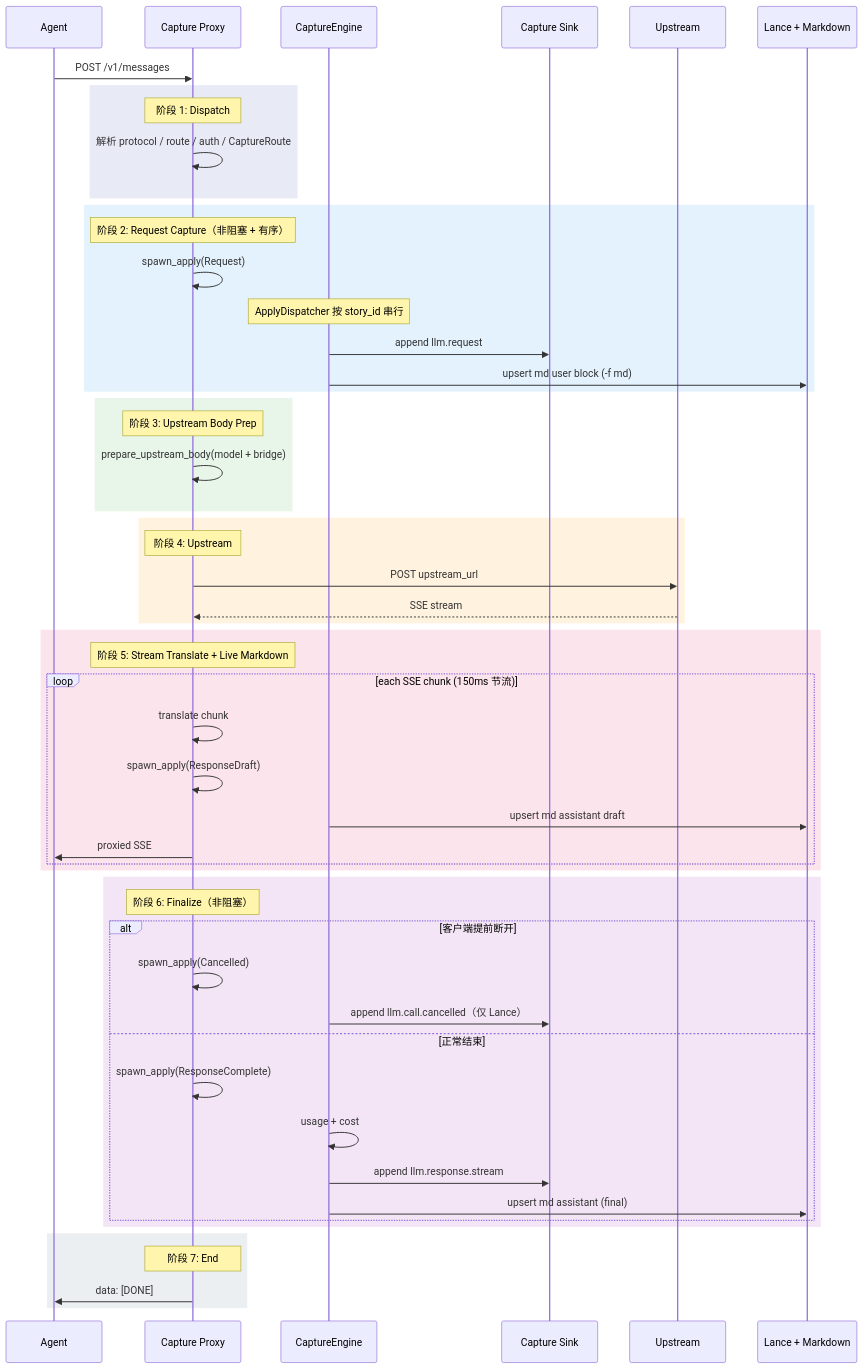
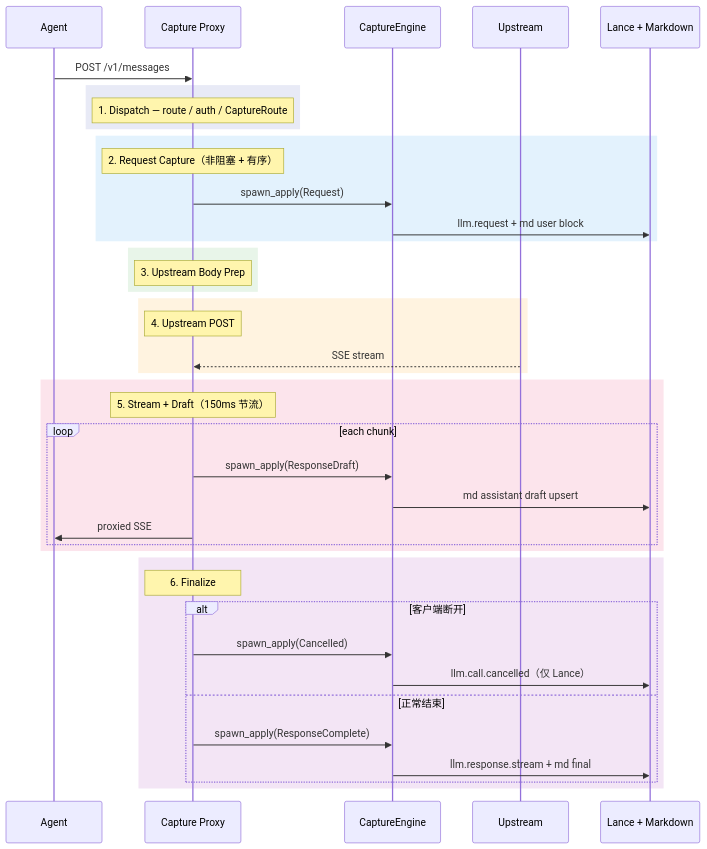
One commit to DeepLink-org/Persisting changed the third of 3 diagrams in docs/src/design/capture_design.zh.md. Above: the diagram before and after it, drawn with Mermaid. The commit also changed other lines of this file and 77 other files, not shown here.

````diff
--- a/docs/src/design/capture_design.zh.md
+++ b/docs/src/design/capture_design.zh.md
@@ -221,63 +320,49 @@
 ```mermaid
 sequenceDiagram
     participant Agent
     participant Proxy as Capture Proxy
     participant Engine as CaptureEngine
-    participant Sink as Capture Sink
     participant Upstream
     participant Storage as Lance + Markdown
 
     Agent->>Proxy: POST /v1/messages
 
     rect rgb(232, 234, 246)
-        Note over Proxy: 阶段 1: Dispatch
-        Proxy->>Proxy: 解析 protocol / route / auth / CaptureRoute
+        Note over Proxy: 1. Dispatch — route / auth / CaptureRoute
     end
 
     rect rgb(227, 242, 253)
-        Note over Proxy: 阶段 2: Request Capture（非阻塞 + 有序）
-        Proxy->>Proxy: spawn_apply(Request)
-        Note over Engine: ApplyDispatcher 按 story_id 串行
-        Engine->>Sink: append llm.request
-        Engine->>Storage: upsert md user block (-f md)
+        Note over Proxy: 2. Request Capture（非阻塞 + 有序）
+        Proxy->>Engine: spawn_apply(Request)
+        Engine->>Storage: llm.request + md user block
     end
 
     rect rgb(232, 245, 233)
-        Note over Proxy: 阶段 3: Upstream Body Prep
-        Proxy->>Proxy: prepare_upstream_body(model + bridge)
+        Note over Proxy: 3. Upstream Body Prep
     end
 
     rect rgb(255, 243, 224)
-        Note over Proxy: 阶段 4: Upstream
-        Proxy->>Upstream: POST upstream_url
+        Note over Proxy: 4. Upstream POST
         Upstream-->>Proxy: SSE stream
     end
 
     rect rgb(252, 228, 236)
-        Note over Proxy: 阶段 5: Stream Translate + Live Markdown
-        loop each SSE chunk (150ms 节流)
-            Proxy->>Proxy: translate chunk
-            Proxy->>Proxy: spawn_apply(ResponseDraft)
-            Engine->>Storage: upsert md assistant draft
+        Note over Proxy: 5. Stream + Draft（150ms 节流）
+        loop each chunk
+            Proxy->>Engine: spawn_apply(ResponseDraft)
+            Engine->>Storage: md assistant draft upsert
             Proxy->>Agent: proxied SSE
         end
     end
 
     rect rgb(243, 229, 245)
-        Note over Proxy: 阶段 6: Finalize（非阻塞）
-        alt 客户端提前断开
-            Proxy->>Proxy: spawn_apply(Cancelled)
-            Engine->>Sink: append llm.call.cancelled（仅 Lance）
+        Note over Proxy: 6. Finalize
+        alt 客户端断开
+            Proxy->>Engine: spawn_apply(Cancelled)
+            Engine->>Storage: llm.call.cancelled（仅 Lance）
         else 正常结束
-            Proxy->>Proxy: spawn_apply(ResponseComplete)
-            Engine->>Engine: usage + cost
-            Engine->>Sink: append llm.response.stream
-            Engine->>Storage: upsert md assistant (final)
+            Proxy->>Engine: spawn_apply(ResponseComplete)
+            Engine->>Storage: llm.response.stream + md final
         end
     end
-
-    rect rgb(236, 239, 241)
-        Note over Proxy: 阶段 7: End
-        Proxy->>Agent: data: [DONE]
-    end
 ```
````
